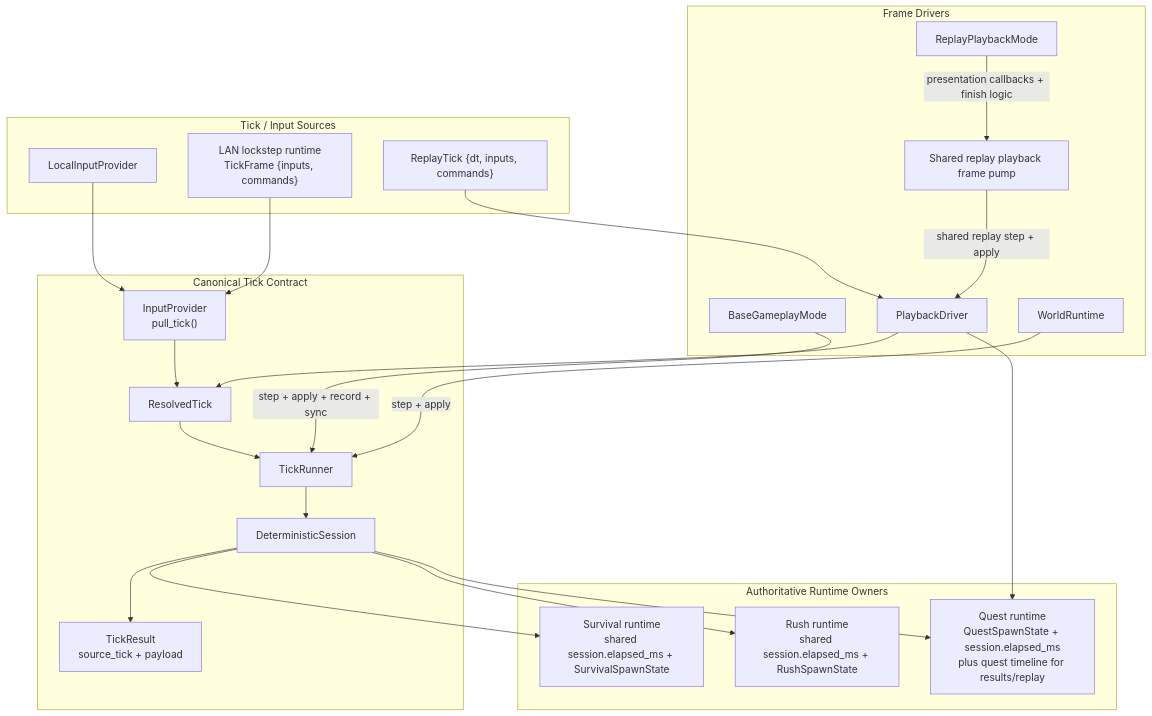
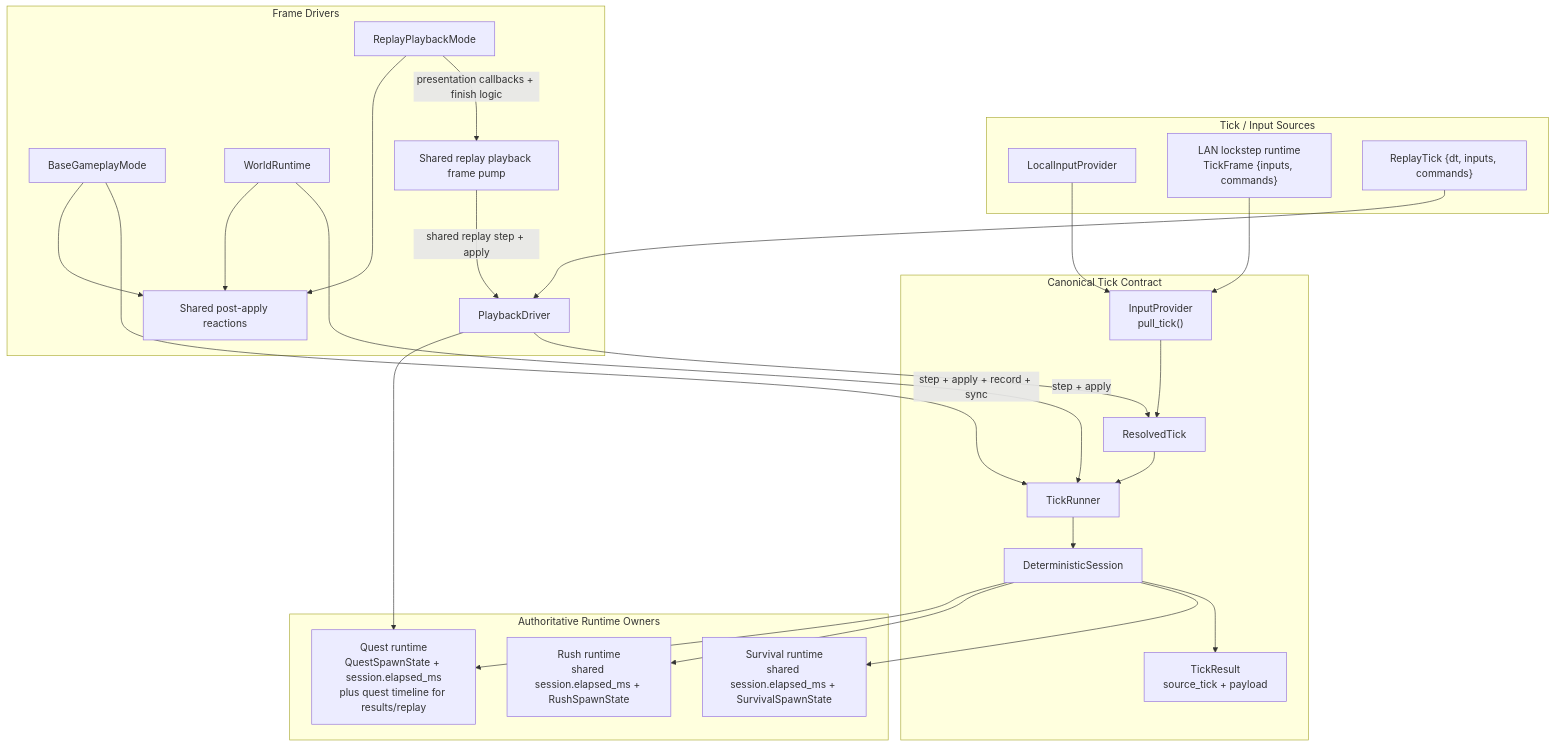
The first of 2 diagrams in split_brain.md (banteg/crimson), drawn with Mermaid before and after one commit. The commit also changed other lines of this file and 15 other files, not shown here.

Commit message:
refactor: share post-apply presentation reactions

````diff
--- a/split_brain.md
+++ b/split_brain.md
@@ -58,45 +57,49 @@
 ```mermaid
 flowchart TD
     subgraph Sources["Tick / Input Sources"]
         Local["LocalInputProvider"]
         Lan["LAN lockstep runtime<br/>TickFrame {inputs, commands}"]
         Replay["ReplayTick {dt, inputs, commands}"]
     end
 
     subgraph TickContract["Canonical Tick Contract"]
         Provider["InputProvider<br/>pull_tick()"]
         Tick["ResolvedTick"]
         Runner["TickRunner"]
         Session["DeterministicSession"]
         Result["TickResult<br/>source_tick + payload"]
     end
 
     subgraph StateOwners["Authoritative Runtime Owners"]
         SurvivalState["Survival runtime<br/>shared session.elapsed_ms + SurvivalSpawnState"]
         RushState["Rush runtime<br/>shared session.elapsed_ms + RushSpawnState"]
         QuestState["Quest runtime<br/>QuestSpawnState + session.elapsed_ms<br/>plus quest timeline for results/replay"]
     end
 
     subgraph Drivers["Frame Drivers"]
         Base["BaseGameplayMode"]
         World["WorldRuntime"]
         ReplayMode["ReplayPlaybackMode"]
         ReplayPump["Shared replay playback frame pump"]
         Playback["PlaybackDriver"]
+        PostApply["Shared post-apply reactions"]
     end
 
     Local --> Provider
     Lan --> Provider
     Provider --> Tick --> Runner --> Session --> Result
     Replay --> Playback --> Tick
 
     Session --> SurvivalState
     Session --> RushState
     Session --> QuestState
 
     Base -->|step + apply + record + sync| Runner
     World -->|step + apply| Runner
     ReplayMode -->|presentation callbacks + finish logic| ReplayPump
     ReplayPump -->|shared replay step + apply| Playback
+    Base --> PostApply
+    World --> PostApply
+    ReplayMode --> PostApply
     Playback --> QuestState
 ```
````
